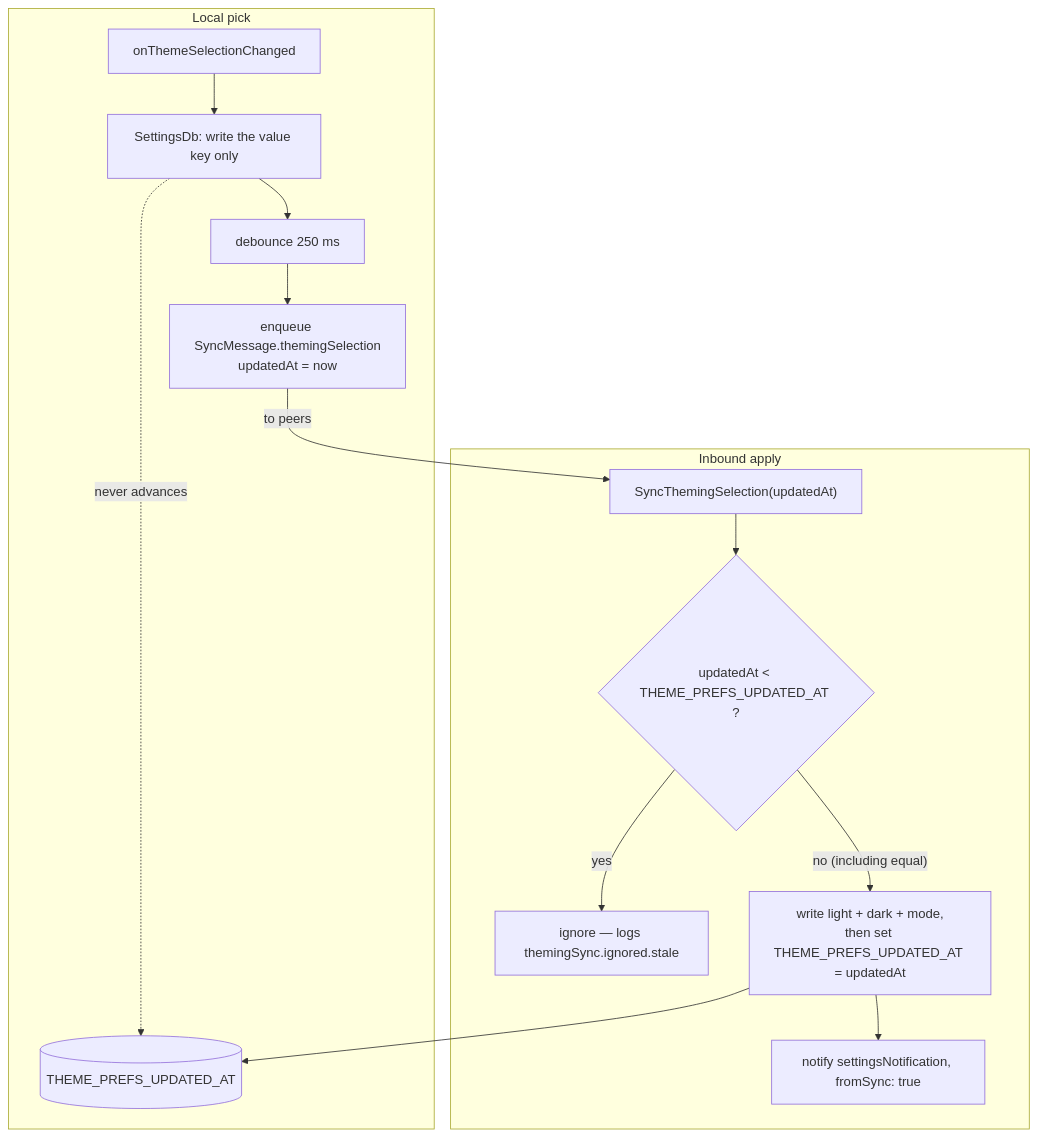
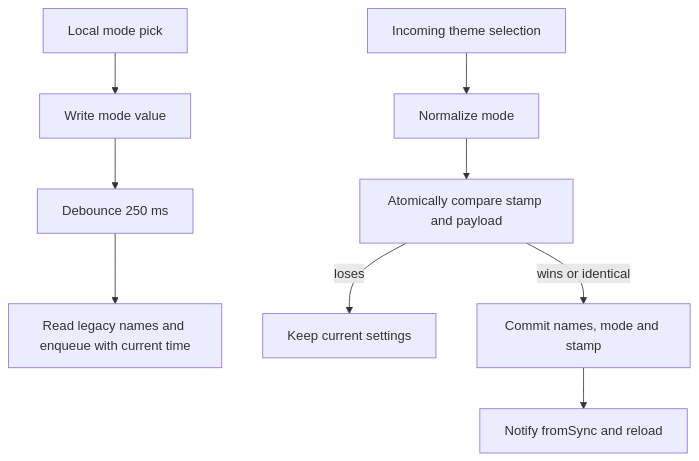
The diagram in knowledge/features/theming.md (matthiasn/lotti), drawn with Mermaid before and after one commit. The commit also changed other lines of this file and 17 other files, not shown here.

Commit message:
fix(sync): resolve equal-stamp preference updates deterministically (#4509)

````diff
--- a/knowledge/features/theming.md
+++ b/knowledge/features/theming.md
@@ -38,20 +47,11 @@
 ```mermaid
 flowchart TD
-  subgraph Local["Local pick"]
-    Pick["onThemeSelectionChanged"]
-    Pick --> SaveVal["SettingsDb: write the value key only"]
-    SaveVal --> Deb["debounce 250 ms"]
-    Deb --> Enq["enqueue SyncMessage.themingSelection<br/>updatedAt = now"]
-    SaveVal -.->|"never advances"| TS[("THEME_PREFS_UPDATED_AT")]
-  end
-
-  subgraph Inbound["Inbound apply"]
-    Msg["SyncThemingSelection(updatedAt)"] --> Cmp{"updatedAt < THEME_PREFS_UPDATED_AT ?"}
-    Cmp -->|yes| Drop["ignore — logs themingSync.ignored.stale"]
-    Cmp -->|"no (including equal)"| Apply["write light + dark + mode,<br/>then set THEME_PREFS_UPDATED_AT = updatedAt"]
-    Apply --> Notify["notify settingsNotification, fromSync: true"]
-  end
-
-  Enq -->|"to peers"| Msg
-  Apply --> TS
+  Pick["Local mode pick"] --> Save["Write mode value"]
+  Save --> Debounce["Debounce 250 ms"]
+  Debounce --> Enqueue["Read legacy names and enqueue with current time"]
+  Message["Incoming theme selection"] --> Normalize["Normalize mode"]
+  Normalize --> Compare["Atomically compare stamp and payload"]
+  Compare -->|loses| Ignore["Keep current settings"]
+  Compare -->|wins or identical| Commit["Commit names, mode and stamp"]
+  Commit --> Notify["Notify fromSync and reload"]
 ```
````
